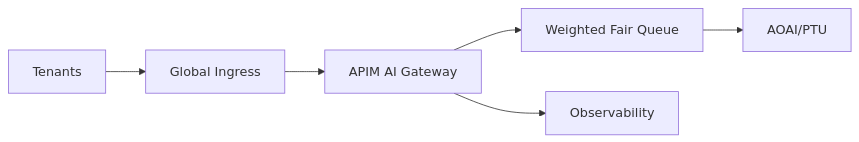
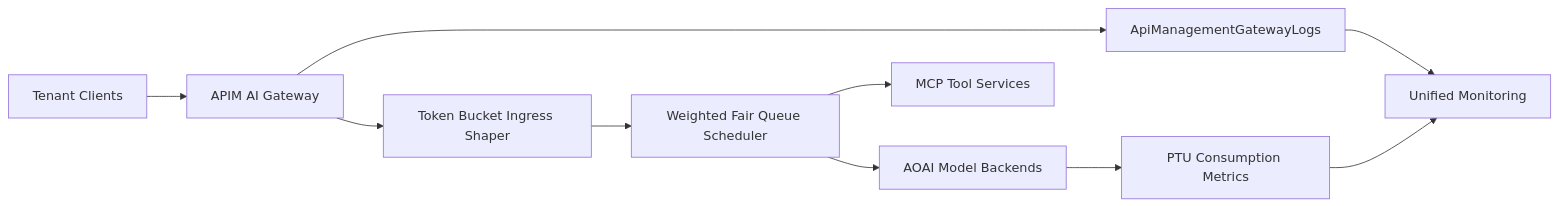
One commit to turbo998/ai-infra-lab changed the first of 2 diagrams in docs/azure-agent-infra/apim-wfq-token-bucket-tenant-fairness-slo-faq-r1105.md. Above: the diagram before and after it, drawn with Mermaid. The commit also changed other lines of this file and 13 other files, not shown here.

````diff
--- a/docs/azure-agent-infra/apim-wfq-token-bucket-tenant-fairness-slo-faq-r1105.md
+++ b/docs/azure-agent-infra/apim-wfq-token-bucket-tenant-fairness-slo-faq-r1105.md
@@ -94,8 +103,12 @@
 ```mermaid
 flowchart LR
-  U[Tenants] --> AFD[Global Ingress]
-  AFD --> APIM[APIM AI Gateway]
-  APIM --> WFQ[Weighted Fair Queue]
-  WFQ --> AOAI[AOAI/PTU]
-  APIM --> OBS[Observability]
+  Clients[Tenant Clients] --> APIM[APIM AI Gateway]
+  APIM --> Bucket[Token Bucket Ingress Shaper]
+  Bucket --> WFQ[Weighted Fair Queue Scheduler]
+  WFQ --> AOAI[AOAI Model Backends]
+  WFQ --> Tools[MCP Tool Services]
+  APIM --> Logs[ApiManagementGatewayLogs]
+  AOAI --> Cost[PTU Consumption Metrics]
+  Logs --> Monitor[Unified Monitoring]
+  Cost --> Monitor
 ```
````
